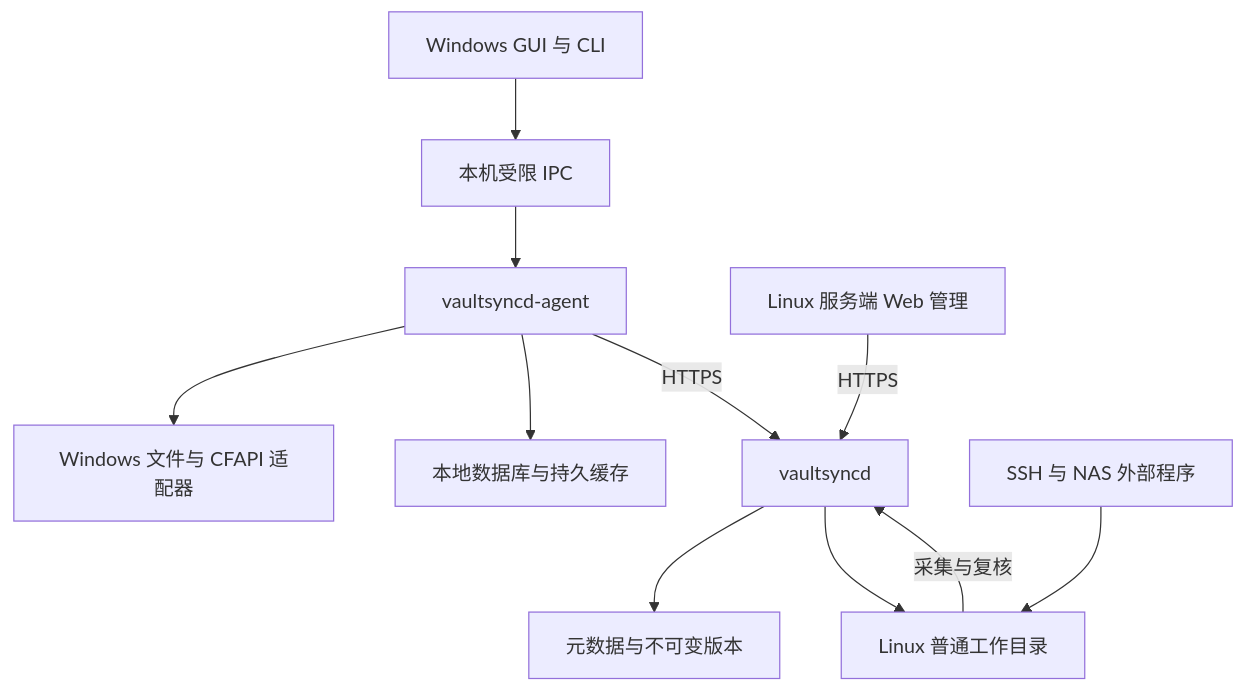
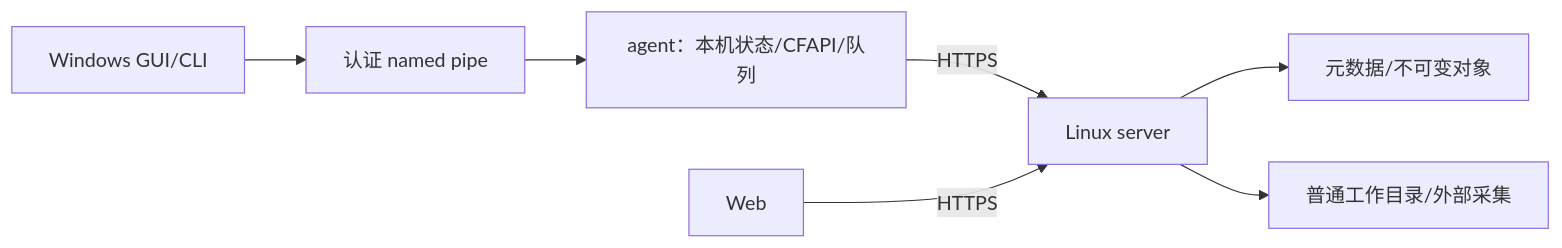
Before and after one commit to xingjianxu/vaultsyncd: the diagram in docs/design.md, drawn with Mermaid. The commit also changed other lines of this file and 3 other files, not shown here.

````diff
--- a/docs/design.md
+++ b/docs/design.md
@@ -171,13 +114,9 @@
 ```mermaid
-flowchart TB
-  UI["Windows GUI 与 CLI"] --> IPC["本机受限 IPC"]
-  IPC --> A["vaultsyncd-agent"]
-  A --> P["Windows 文件与 CFAPI 适配器"]
-  A --> L["本地数据库与持久缓存"]
-  A -->|HTTPS| S["vaultsyncd"]
-  WEB["Linux 服务端 Web 管理"] -->|HTTPS| S
-  S --> M["元数据与不可变版本"]
-  S --> W["Linux 普通工作目录"]
-  X["SSH 与 NAS 外部程序"] --> W
-  W -->|采集与复核| S
+flowchart LR
+  UI[Windows GUI/CLI] --> IPC[认证 named pipe]
+  IPC --> A[agent：本机状态/CFAPI/队列]
+  A -->|HTTPS| S[Linux server]
+  W[Web] -->|HTTPS| S
+  S --> DB[元数据/不可变对象]
+  S --> FS[普通工作目录/外部采集]
 ```
````
